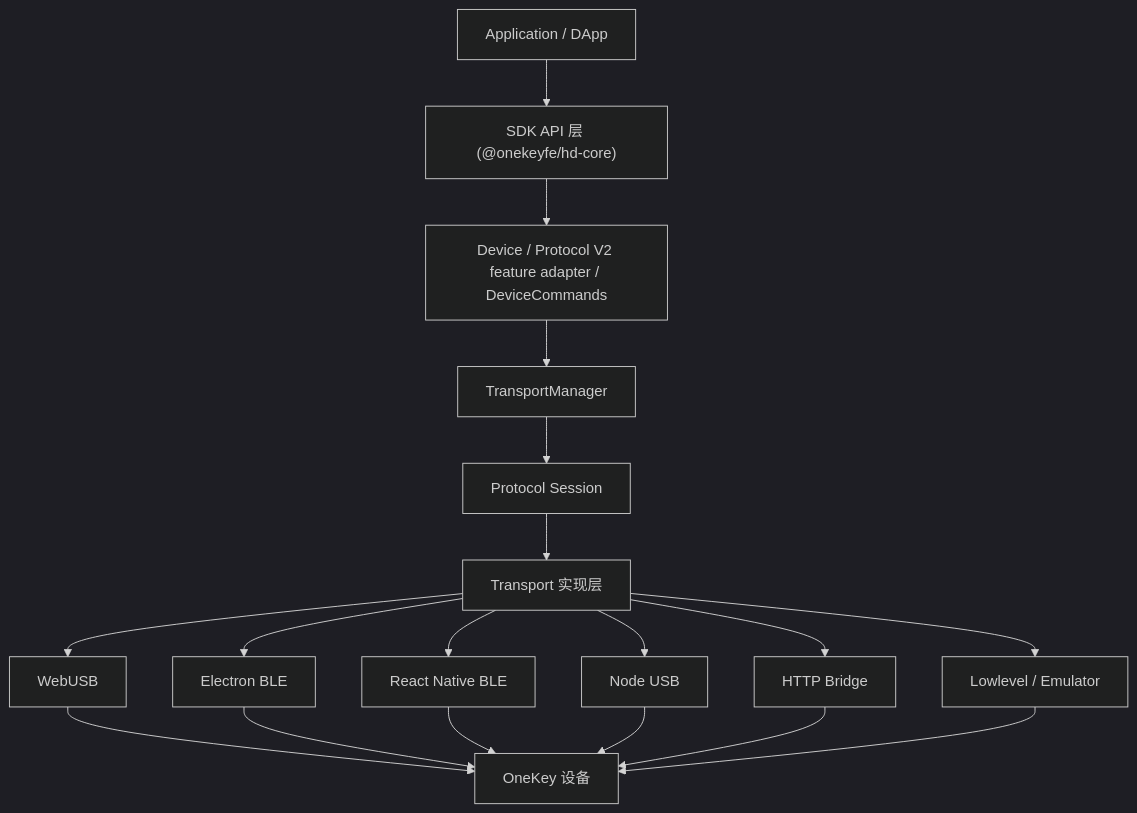
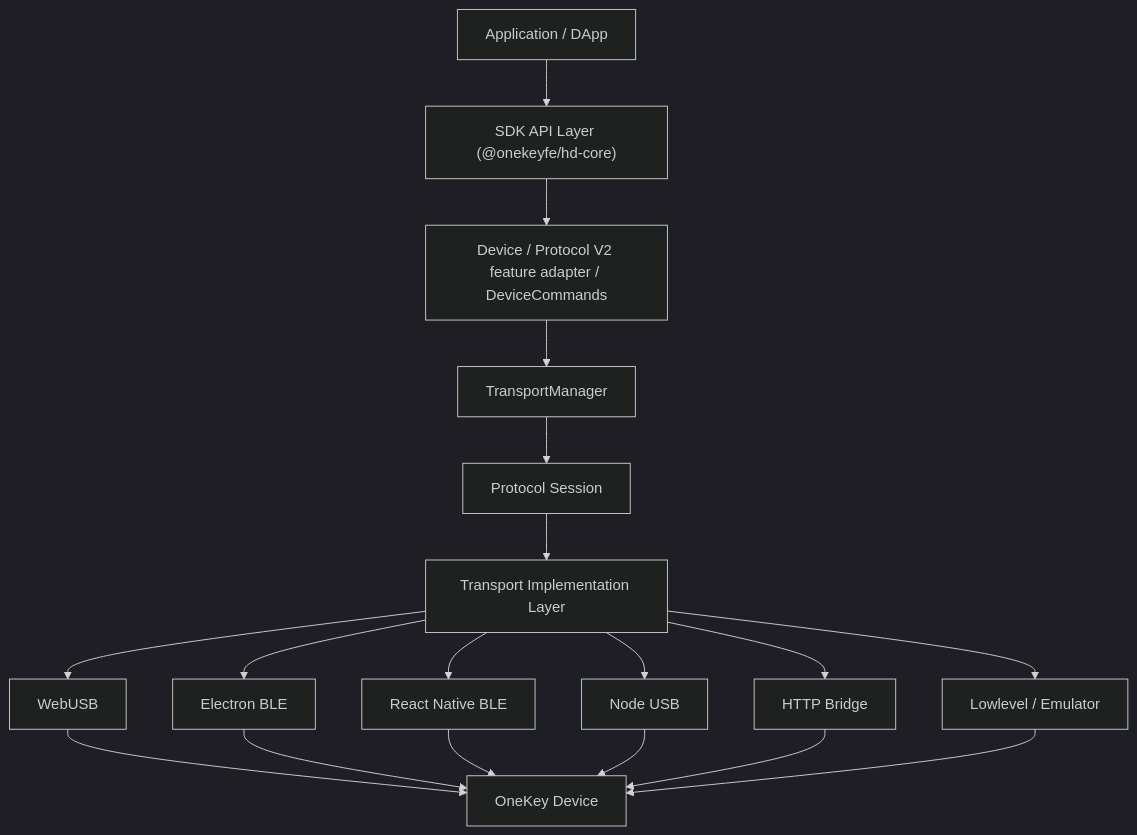
Before and after one commit to OneKeyHQ/hardware-js-sdk: the first of 3 diagrams in docs/architecture/overview.md, drawn with Mermaid (dark theme). The commit also changed other lines of this file and 13 other files, not shown here.

````diff
--- a/docs/architecture/overview.md
+++ b/docs/architecture/overview.md
@@ -7,30 +7,30 @@
 ```mermaid
 flowchart TD
   App["Application / DApp"]
-  Api["SDK API 层 (@onekeyfe/hd-core)"]
+  Api["SDK API Layer (@onekeyfe/hd-core)"]
   Device["Device / Protocol V2 feature adapter / DeviceCommands"]
   Manager["TransportManager"]
   Session["Protocol Session"]
-  Transport["Transport 实现层"]
+  Transport["Transport Implementation Layer"]
   WebUSB["WebUSB"]
   ElectronBLE["Electron BLE"]
   RNBLE["React Native BLE"]
   NodeUSB["Node USB"]
   Bridge["HTTP Bridge"]
   Other["Lowlevel / Emulator"]
-  Hardware["OneKey 设备"]
+  Hardware["OneKey Device"]
 
   App --> Api --> Device --> Manager --> Session --> Transport
   Transport --> WebUSB
   Transport --> ElectronBLE
   Transport --> RNBLE
   Transport --> NodeUSB
   Transport --> Bridge
   Transport --> Other
   WebUSB --> Hardware
   ElectronBLE --> Hardware
   RNBLE --> Hardware
   NodeUSB --> Hardware
   Bridge --> Hardware
   Other --> Hardware
 ```
````
